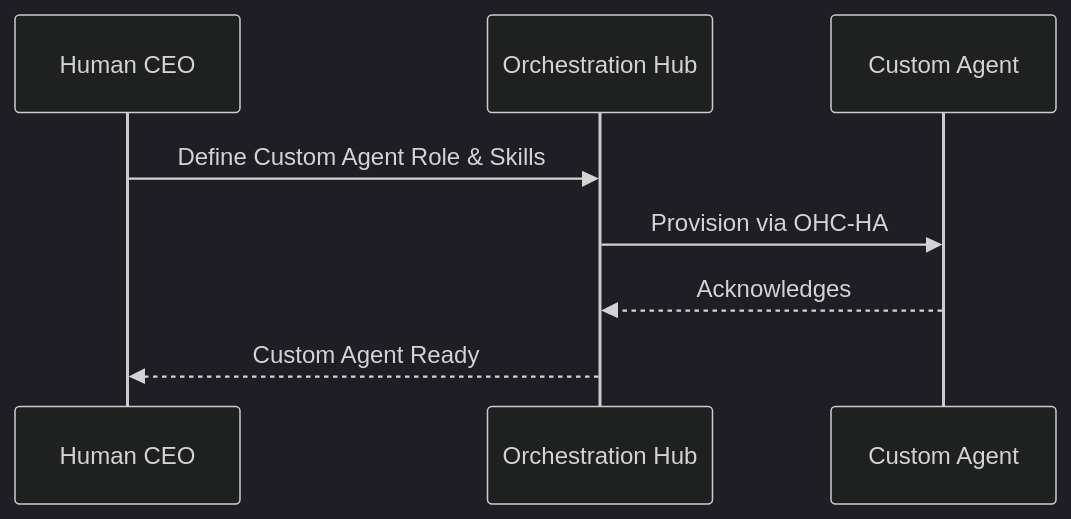
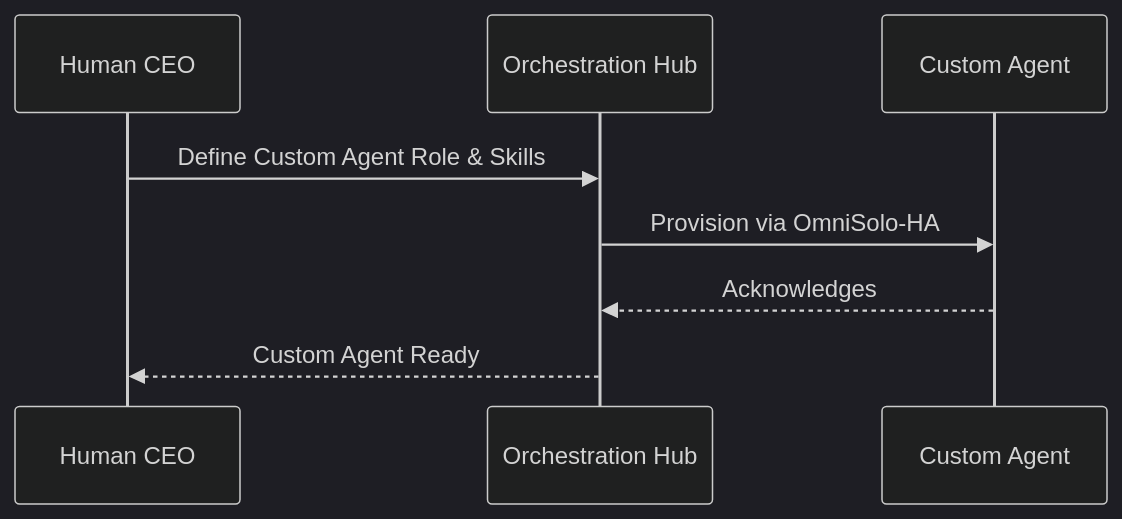
Before and after one commit to omnisolo-llc/onehumancorp: the diagram in docs/technical/walkthroughs/custom_agent_creation_walkthrough.md, drawn with Mermaid (dark theme). The commit also changed other lines of this file and 2191 other files, not shown here.

Commit message:
feat: complete OmniSolo rename and browser audit

````diff
--- a/docs/technical/walkthroughs/custom_agent_creation_walkthrough.md
+++ b/docs/technical/walkthroughs/custom_agent_creation_walkthrough.md
@@ -8,10 +8,10 @@
 ```mermaid
 sequenceDiagram
     participant CEO as Human CEO
     participant Hub as Orchestration Hub
     participant Agent as Custom Agent
     CEO->>Hub: Define Custom Agent Role & Skills
-    Hub->>Agent: Provision via OHC-HA
+    Hub->>Agent: Provision via OmniSolo-HA
     Agent-->>Hub: Acknowledges
     Hub-->>CEO: Custom Agent Ready
 ```
````
